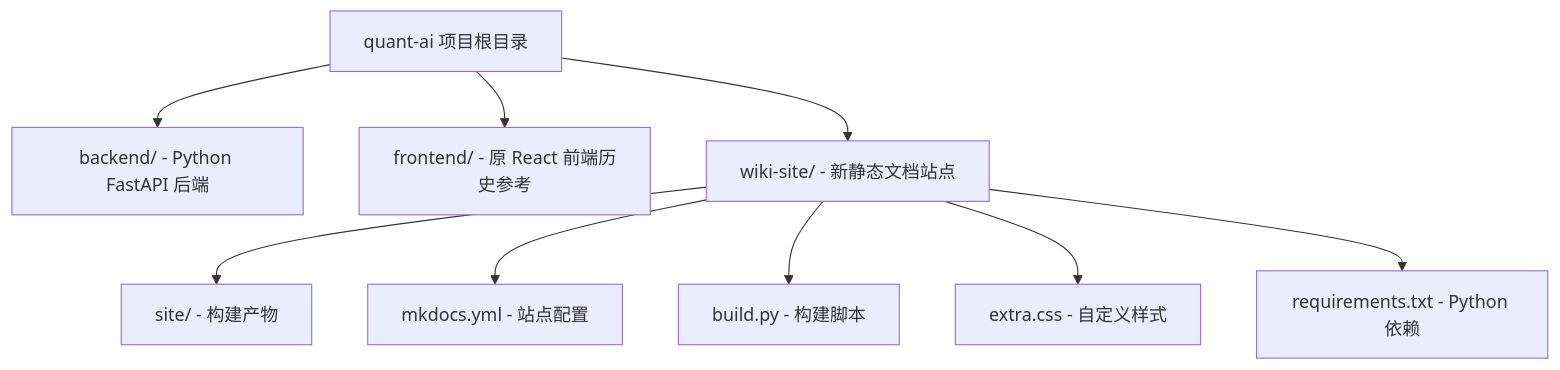
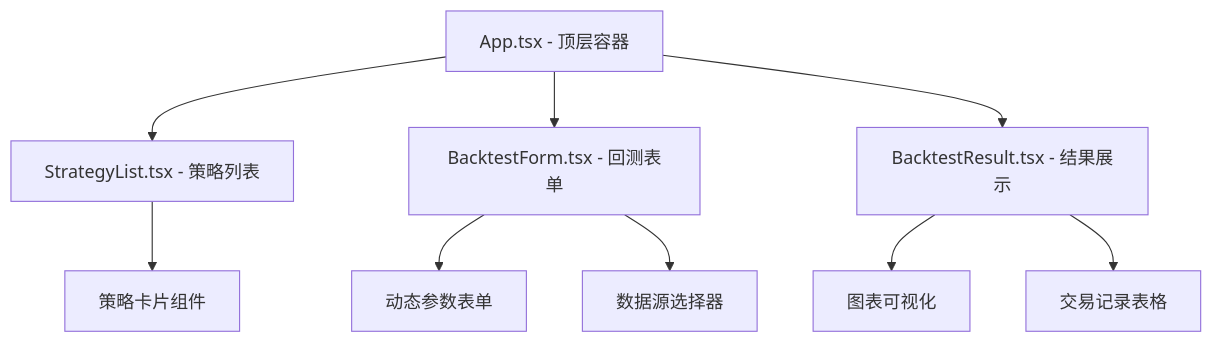
The second of 7 diagrams in wiki-site/docs/系统架构/前端架构设计.md (jiashaoying/quant-ai), drawn with Mermaid before and after one commit. The commit also changed other lines of this file and 150 other files, not shown here.

````diff
--- a/wiki-site/docs/系统架构/前端架构设计.md
+++ b/wiki-site/docs/系统架构/前端架构设计.md
@@ -41,11 +79,11 @@
 ```mermaid
 graph TB
-A["quant-ai 项目根目录"] --> B["backend/ - Python FastAPI 后端"]
-A --> C["frontend/ - 原 React 前端历史参考"]
-A --> D["wiki-site/ - 新静态文档站点"]
-D --> E["site/ - 构建产物"]
-D --> F["mkdocs.yml - 站点配置"]
-D --> G["build.py - 构建脚本"]
-D --> H["extra.css - 自定义样式"]
-D --> I["requirements.txt - Python 依赖"]
+A["App.tsx - 顶层容器"] --> B["StrategyList.tsx - 策略列表"]
+A --> C["BacktestForm.tsx - 回测表单"]
+A --> D["BacktestResult.tsx - 结果展示"]
+B --> E["策略卡片组件"]
+C --> F["动态参数表单"]
+C --> G["数据源选择器"]
+D --> H["图表可视化"]
+D --> I["交易记录表格"]
 ```
````
